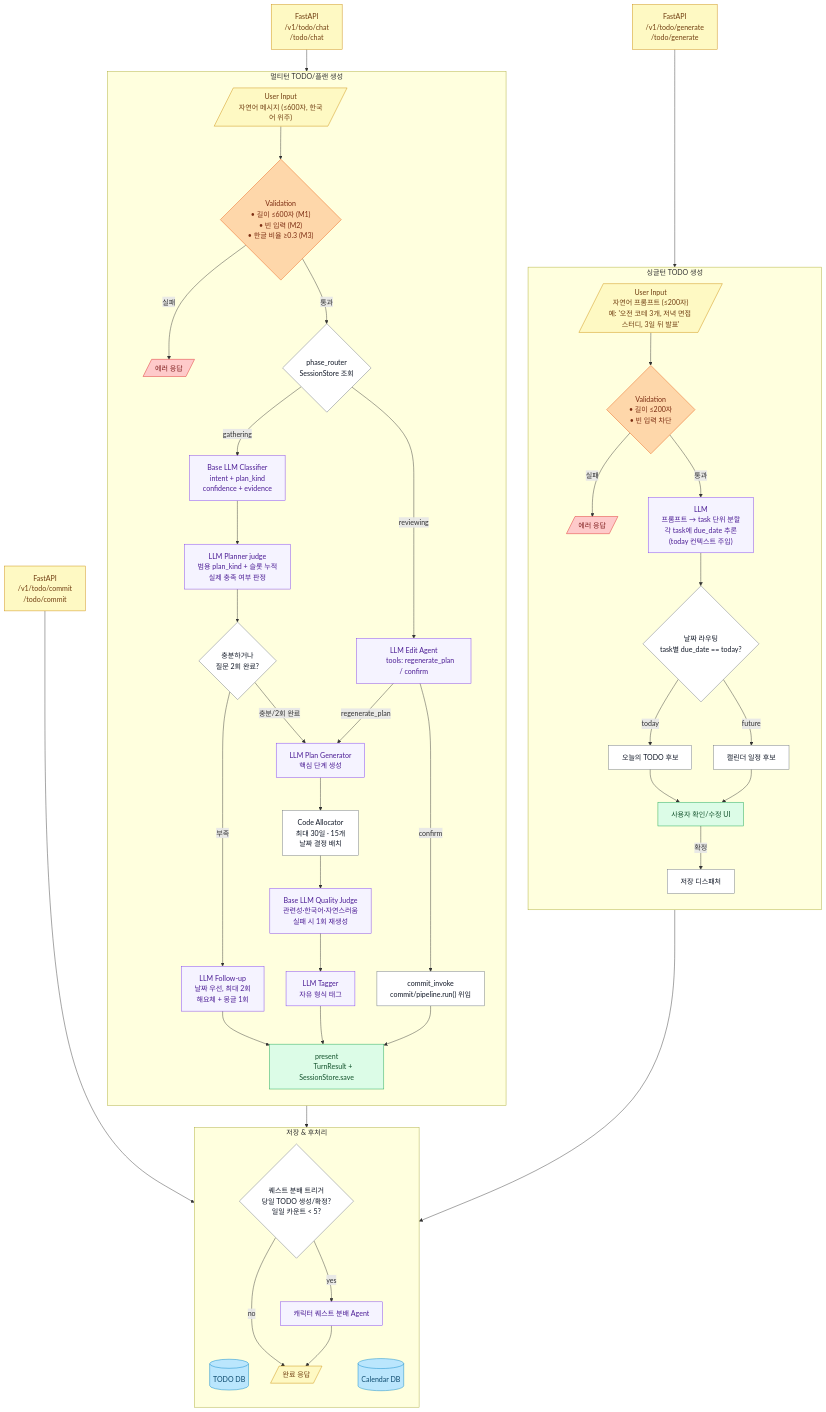
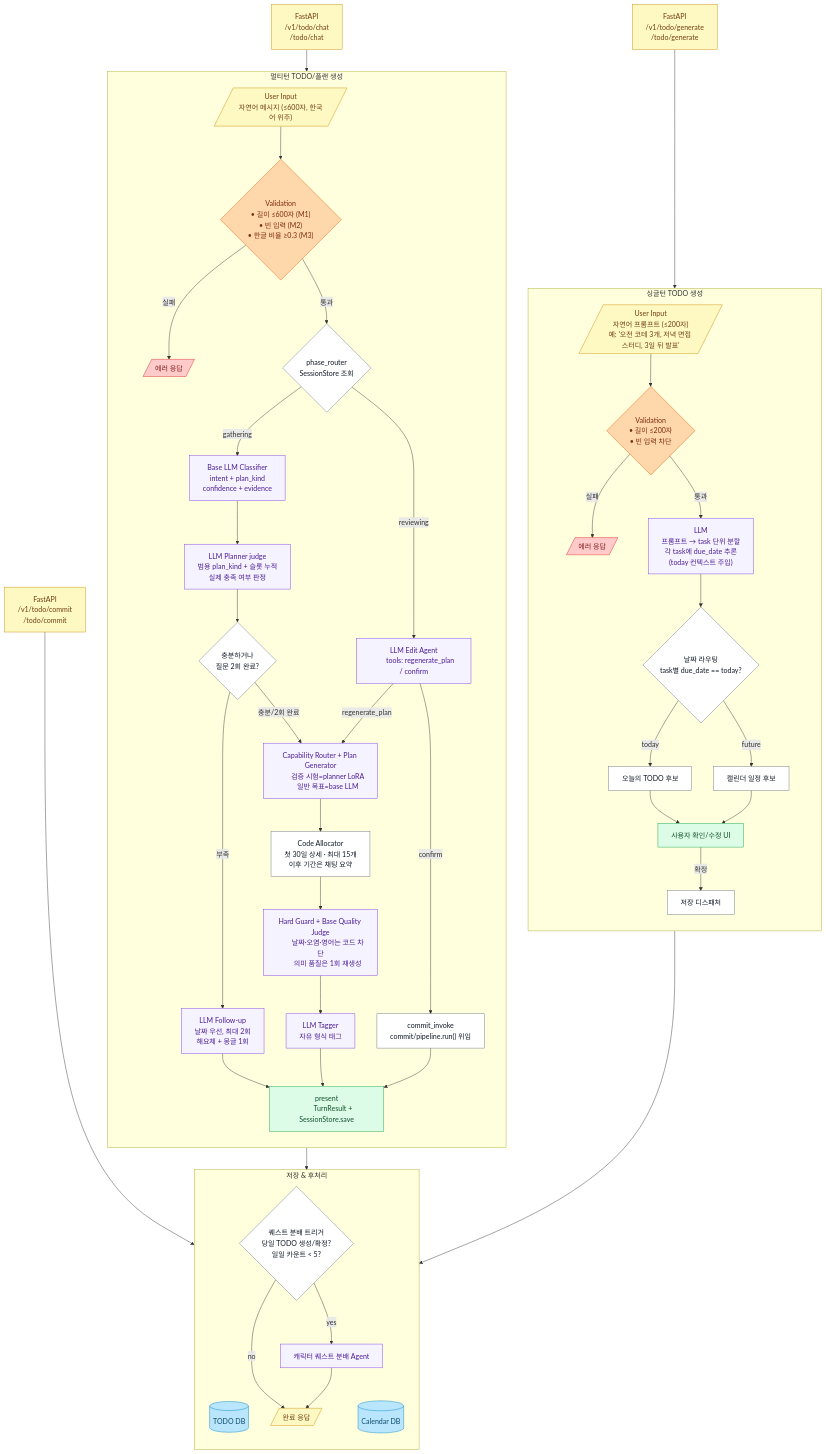
Before and after one commit to mong-studio/mongle-ai: the diagram in docs/features/todo/architecture.mmd, drawn with Mermaid. The commit also changed 27 other files, not shown here.

```diff
--- a/docs/features/todo/architecture.mmd
+++ b/docs/features/todo/architecture.mmd
@@ -1,150 +1,151 @@
 ---
 config:
   layout: fixed
 ---
 flowchart TB
  API_SINGLE["FastAPI
  /v1/todo/generate
  /todo/generate"]
  API_MULTI["FastAPI
  /v1/todo/chat
  /todo/chat"]
  API_COMMIT["FastAPI
  /v1/todo/commit
  /todo/commit"]
  subgraph SINGLE["싱글턴 TODO 생성"]
     direction TB
         SA@{ label: "User Input\n        자연어 프롬프트 (≤200자)\n        예: '오전 코테 3개, 저녁 면접 스터디, 3일 뒤 발표'" }
         SV{"Validation
         • 길이 ≤200자
         • 빈 입력 차단"}
         SVE[/"에러 응답"/]
         SL["LLM
         프롬프트 → task 단위 분할
         각 task에 due_date 추론
         (today 컨텍스트 주입)"]
         SR{"날짜 라우팅
         task별 due_date == today?"}
         STD["오늘의 TODO 후보"]
         SCD["캘린더 일정 후보"]
         SE["사용자 확인/수정 UI"]
         SC["저장 디스패처"]
   end
  subgraph MULTI["멀티턴 TODO/플랜 생성"]
     direction TB
         MA@{ label: "User Input
         자연어 메시지 (≤600자, 한국어 위주)" }
         MV{"Validation
         • 길이 ≤600자 (M1)
         • 빈 입력 (M2)
         • 한글 비율 ≥0.3 (M3)"}
         MVE[/"에러 응답"/]
         MPR{"phase_router
         SessionStore 조회"}
         MCL["Base LLM Classifier
         intent + plan_kind
         confidence + evidence"]
         MPS["LLM Planner judge
         범용 plan_kind + 슬롯 누적
         실제 충족 여부 판정"]
         MQ{"충분하거나
         질문 2회 완료?"}
         MFU["LLM Follow-up
         날짜 우선, 최대 2회
         해요체 + 몽글 1회"]
-        MPG["LLM Plan Generator
-        핵심 단계 생성"]
+        MPG["Capability Router + Plan Generator
+        검증 시험=planner LoRA
+        일반 목표=base LLM"]
         MAL["Code Allocator
-        최대 30일 · 15개
-        날짜 결정 배치"]
-        MQA["Base LLM Quality Judge
-        관련성·한국어·자연스러움
-        실패 시 1회 재생성"]
+        첫 30일 상세 · 최대 15개
+        이후 기간은 채팅 요약"]
+        MQA["Hard Guard + Base Quality Judge
+        날짜·오염·영어는 코드 차단
+        의미 품질은 1회 재생성"]
         MTG["LLM Tagger
         자유 형식 태그"]
         EA["LLM Edit Agent
         tools: regenerate_plan / confirm"]
         ME["present
         TurnResult + SessionStore.save"]
         MC["commit_invoke
         commit/pipeline.run() 위임"]
   end
  subgraph COMMIT["저장 & 후처리"]
     direction TB
         DB1[("TODO DB")]
         DB2[("Calendar DB")]
         QA{"퀘스트 분배 트리거
         당일 TODO 생성/확정?
         일일 카운트 &lt; 5?"}
         QAGENT["캐릭터 퀘스트 분배 Agent"]
         END_OK[/"완료 응답"/]
   end
     API_SINGLE --> SA
     API_MULTI --> MA
     API_COMMIT --> COMMIT
     SA --> SV
     SV -- 실패 --> SVE
     SV -- 통과 --> SL
     SL --> SR
     SR -- today --> STD
     SR -- future --> SCD
     STD --> SE
     SCD --> SE
     SE -- 확정 --> SC
     MA --> MV
     MV -- 실패 --> MVE
     MV -- 통과 --> MPR
     MPR -- gathering --> MCL --> MPS
     MPR -- reviewing --> EA
     MPS --> MQ
     MQ -- 부족 --> MFU --> ME
     MQ -- 충분/2회 완료 --> MPG --> MAL --> MQA --> MTG --> ME
     EA -- regenerate_plan --> MPG
     EA -- confirm --> MC --> ME
     SC --> COMMIT
     MC --> COMMIT
     QA -- yes --> QAGENT
     QA -- no --> END_OK
     QAGENT --> END_OK
 
     SA@{ shape: lean-r}
     MA@{ shape: lean-r}
      SA:::input
      API_SINGLE:::input
      API_MULTI:::input
      API_COMMIT:::input
      SV:::validation
      SVE:::error
      SL:::ai
      SR:::process
      STD:::process
      SCD:::process
      SE:::ui
      SC:::process
      MA:::input
      MV:::validation
      MVE:::error
      MPR:::process
      MCL:::ai
      MPS:::ai
      MQ:::process
      MFU:::ai
      MPG:::ai
      MAL:::process
      MQA:::ai
      MTG:::ai
      EA:::ai
      ME:::ui
      MC:::process
      DB1:::storage
      DB2:::storage
      QA:::process
      QAGENT:::ai
      END_OK:::input
     classDef input fill:#fef9c3,stroke:#ca8a04,color:#713f12
     classDef validation fill:#fed7aa,stroke:#ea580c,color:#7c2d12
     classDef error fill:#fecaca,stroke:#dc2626,color:#7f1d1d
     classDef process fill:#ffffff,stroke:#6b7280,color:#111827
     classDef ai fill:#f5f3ff,stroke:#7c3aed,color:#4c1d95
     classDef storage fill:#bae6fd,stroke:#0284c7,color:#0c4a6e
     classDef ui fill:#dcfce7,stroke:#16a34a,color:#14532d
```
